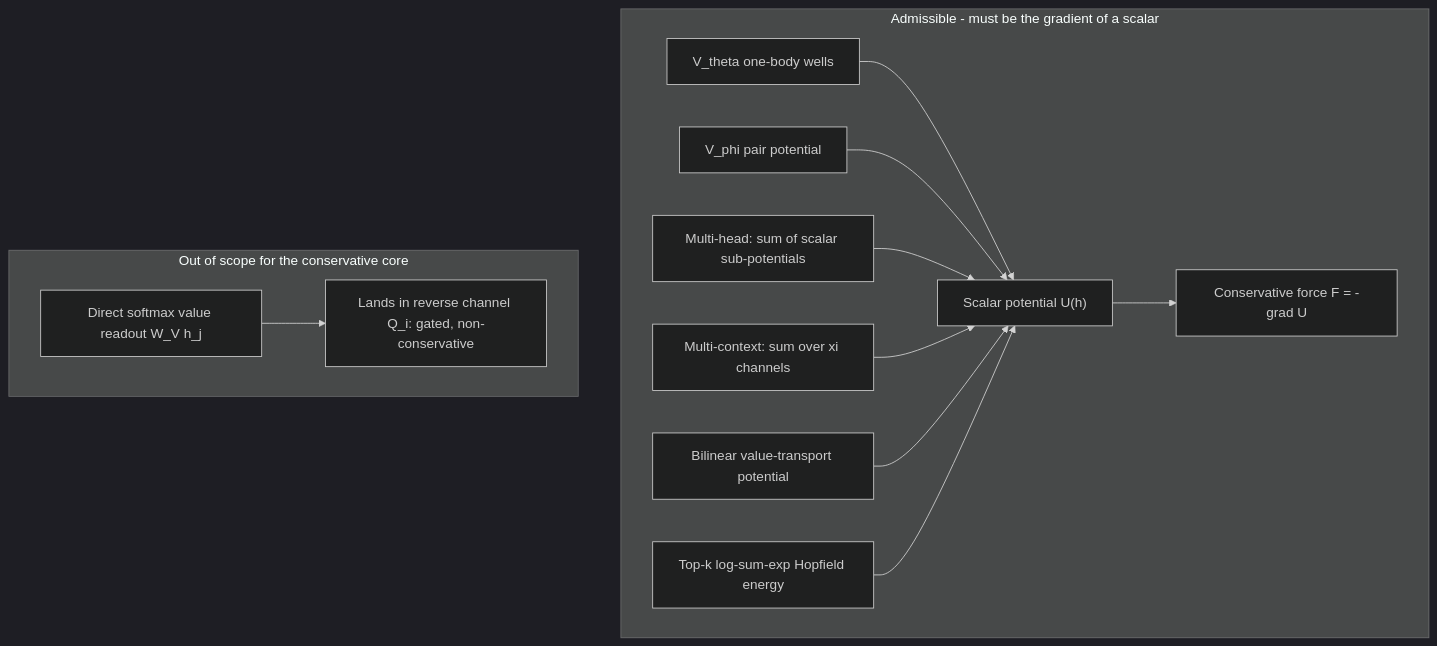
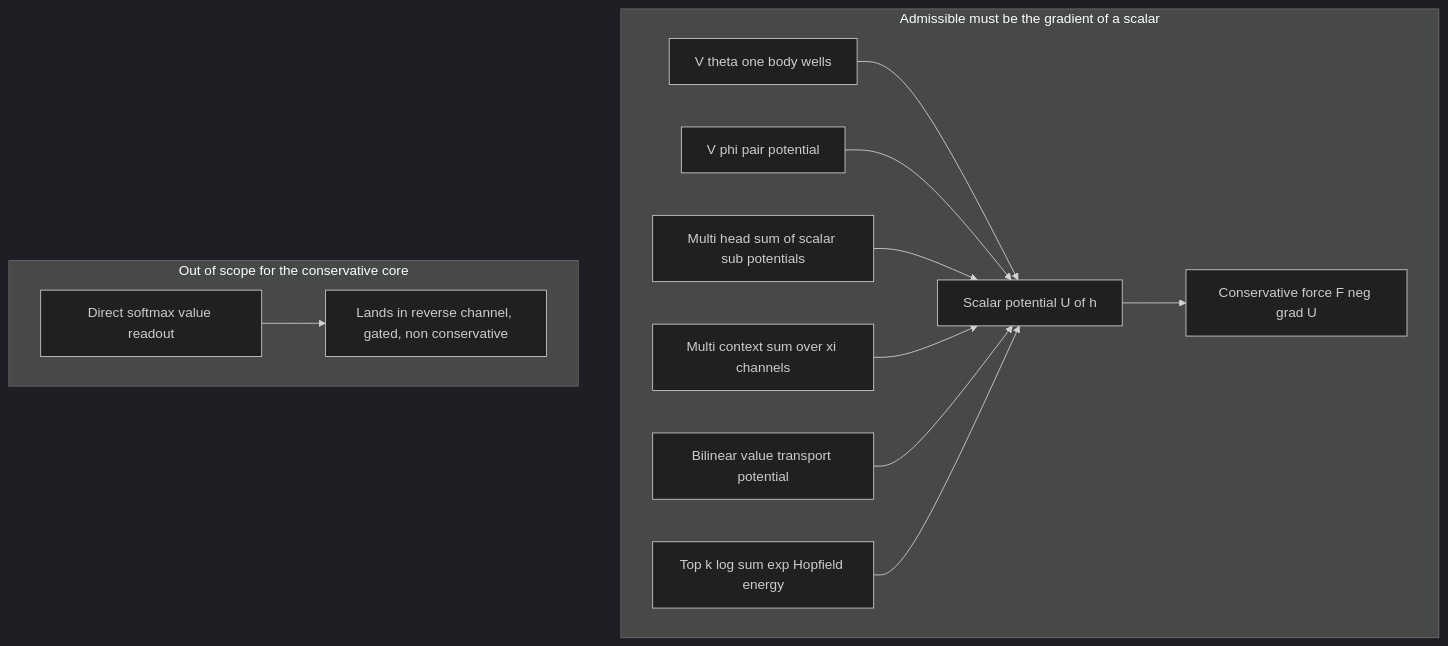
Before and after one commit to dimitarpg13/semsimula-paper: the first of 6 diagrams in companion_notes/Fock-PARFLM_vs_GPT-2_on_OpenWebText_Next_Steps.md, drawn with Mermaid (dark theme). The commit also changed other lines of this file and 2 other files, not shown here.

Commit message:
the quad experiment set: 1) Fock v2.1-PARFLM with V_theta depth cond, 2) channel-xi-based conservative attention impl in PARFLM, 3) non-conservative Fock-attention in PARFLM, 4) vanilla PARFLM with structured V_theta and V_phi and depth conditioning of V_theta

````diff
--- a/companion_notes/Fock-PARFLM_vs_GPT-2_on_OpenWebText_Next_Steps.md
+++ b/companion_notes/Fock-PARFLM_vs_GPT-2_on_OpenWebText_Next_Steps.md
@@ -478,37 +481,37 @@
 ```mermaid
 flowchart TB
-    Vth["V_theta one-body wells"]
-    Vph["V_phi pair potential"]
-    MH["Multi-head: sum of scalar sub-potentials"]
-    MC["Multi-context: sum over xi channels"]
-    VT["Bilinear value-transport potential"]
-    HOP["Top-k log-sum-exp Hopfield energy"]
-    U["Scalar potential U(h)"]
-    F["Conservative force F = -grad U"]
-    Q["Direct softmax value readout W_V h_j"]
-    REV["Lands in reverse channel Q_i: gated, non-conservative"]
+    Vth["V theta one body wells"]
+    Vph["V phi pair potential"]
+    MH["Multi head sum of scalar sub potentials"]
+    MC["Multi context sum over xi channels"]
+    VT["Bilinear value transport potential"]
+    HOP["Top k log sum exp Hopfield energy"]
+    U["Scalar potential U of h"]
+    F["Conservative force F neg grad U"]
+    Q["Direct softmax value readout"]
+    REV["Lands in reverse channel, gated, non conservative"]
 
-    subgraph ADM [Admissible - must be the gradient of a scalar]
+    subgraph ADM [Admissible must be the gradient of a scalar]
         Vth
         Vph
         MH
         MC
         VT
         HOP
         U
         F
     end
     subgraph FORB [Out of scope for the conservative core]
         Q
         REV
     end
 
     Vth --> U
     Vph --> U
     MH --> U
     MC --> U
     VT --> U
     HOP --> U
     U --> F
     Q --> REV
 ```
````
